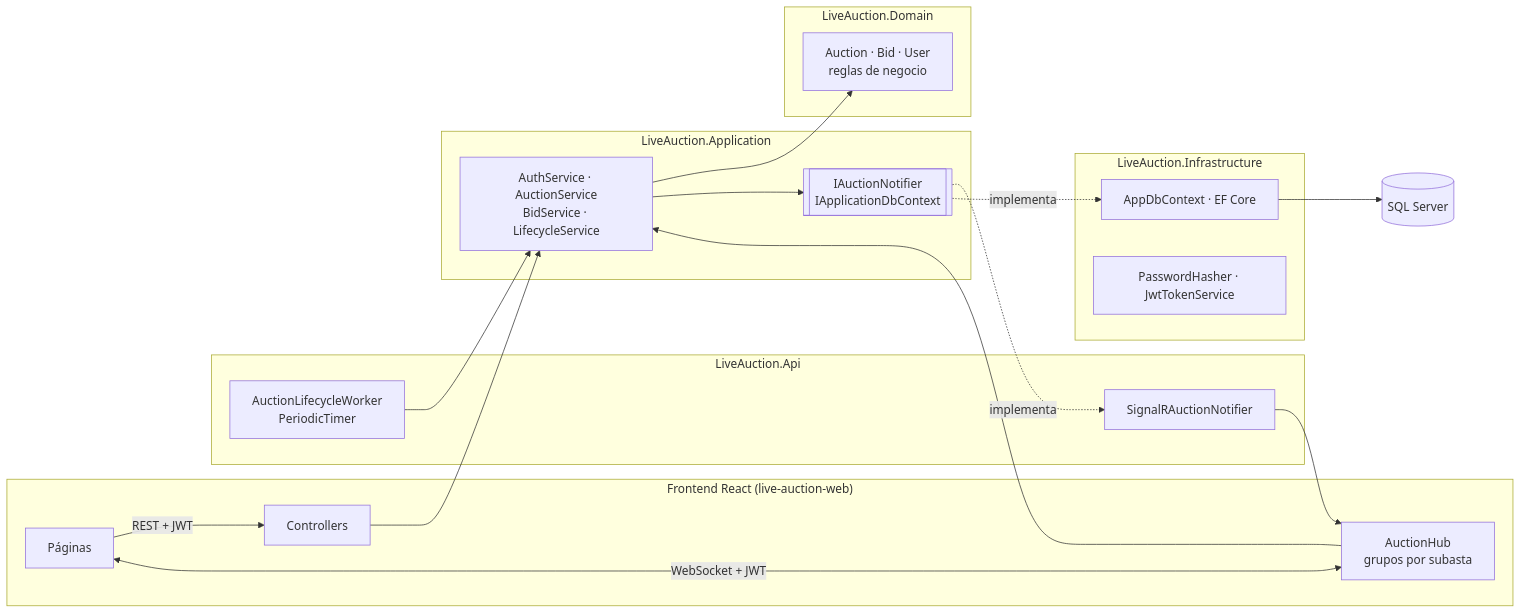
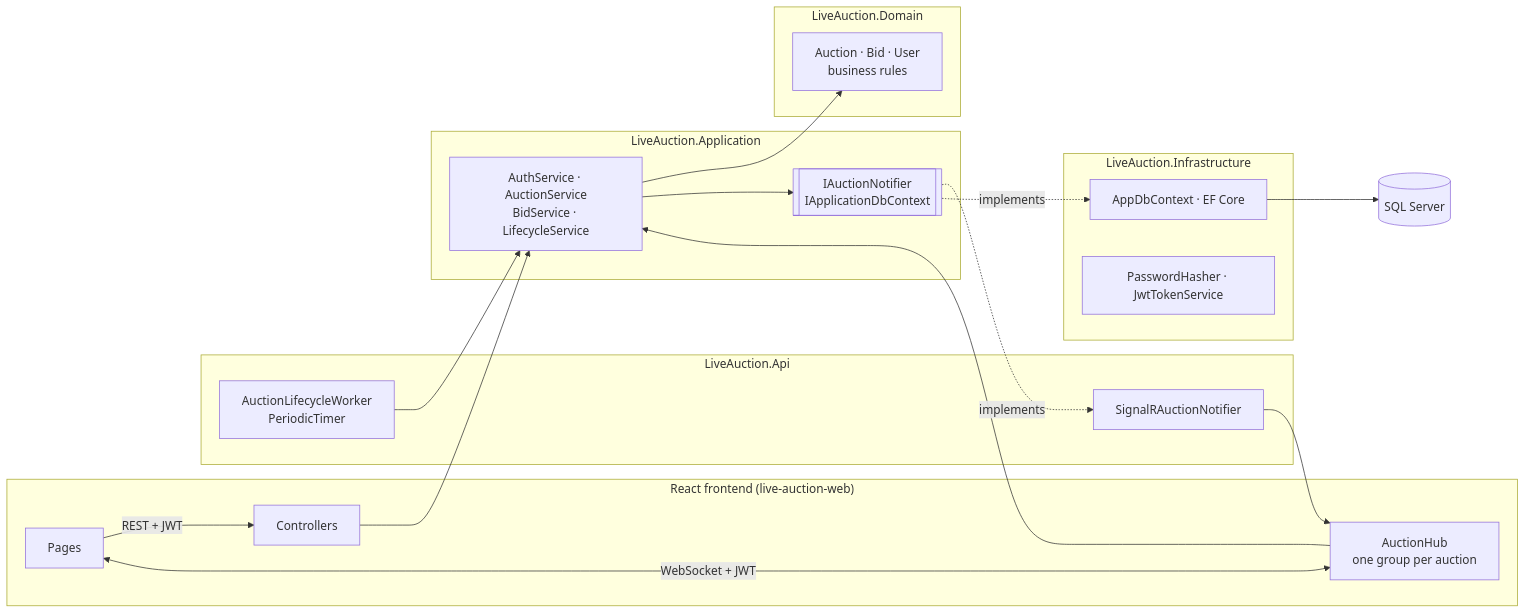
Before and after one commit to edu-tech220/live-auction: the first of 2 diagrams in README.md, drawn with Mermaid. The commit also changed other lines of this file and 6 other files, not shown here.

````diff
--- a/README.md
+++ b/README.md
@@ -37,38 +36,38 @@
 ```mermaid
 flowchart LR
-    subgraph Cliente["Frontend React (live-auction-web)"]
-        UI[Páginas] -->|REST + JWT| REST
+    subgraph Client["React frontend (live-auction-web)"]
+        UI[Pages] -->|REST + JWT| REST
         UI <-->|WebSocket + JWT| HUB
     end
 
     subgraph Api["LiveAuction.Api"]
         REST[Controllers]
-        HUB[AuctionHub<br/>grupos por subasta]
+        HUB[AuctionHub<br/>one group per auction]
         W[AuctionLifecycleWorker<br/>PeriodicTimer]
         N[SignalRAuctionNotifier]
     end
 
     subgraph App["LiveAuction.Application"]
         S[AuthService · AuctionService<br/>BidService · LifecycleService]
         P[[IAuctionNotifier<br/>IApplicationDbContext]]
     end
 
     subgraph Dom["LiveAuction.Domain"]
-        D[Auction · Bid · User<br/>reglas de negocio]
+        D[Auction · Bid · User<br/>business rules]
     end
 
     subgraph Infra["LiveAuction.Infrastructure"]
         EF[AppDbContext · EF Core]
         SEC[PasswordHasher · JwtTokenService]
     end
 
     REST --> S
     HUB --> S
     W --> S
     S --> D
     S --> P
-    P -.implementa.-> N
-    P -.implementa.-> EF
+    P -.implements.-> N
+    P -.implements.-> EF
     N --> HUB
     EF --> DB[(SQL Server)]
 ```
````
